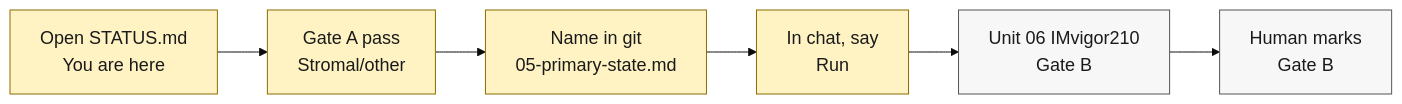
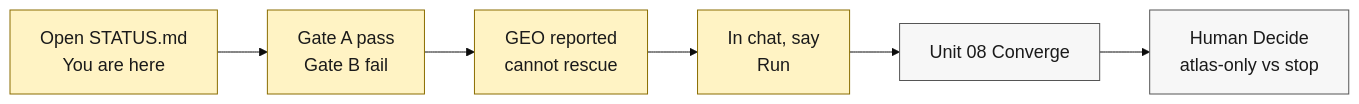
The diagram in docs/diagrams/what-to-run.mmd (cauld/scendo), drawn with Mermaid before and after one commit. The commit also changed 15 other files, not shown here.

First line of the commit message:
Record Gate B fail and Units 06–07 ICI results.

```diff
--- a/docs/diagrams/what-to-run.mmd
+++ b/docs/diagrams/what-to-run.mmd
@@ -1,12 +1,12 @@
 %%{init: {"theme": "base", "themeVariables": {"fontSize": "18px", "fontFamily": "Helvetica, Arial, sans-serif"}} }%%
 flowchart LR
-  A["Open STATUS.md<br/>You are here"] --> B["Gate A pass<br/>Stromal/other"]
-  B --> C["Name in git<br/>05-primary-state.md"]
+  A["Open STATUS.md<br/>You are here"] --> B["Gate A pass<br/>Gate B fail"]
+  B --> C["GEO reported<br/>cannot rescue"]
   C --> D["In chat, say<br/>Run"]
-  D --> E["Unit 06 IMvigor210<br/>Gate B"]
-  E --> F["Human marks<br/>Gate B"]
+  D --> E["Unit 08 Converge"]
+  E --> F["Human Decide<br/>atlas-only vs stop"]
 
   classDef now fill:#FFF3C4,stroke:#8A6D00,color:#1A1A1A
   classDef step fill:#F7F7F7,stroke:#555555,color:#1A1A1A
   class A,B,C,D now
   class E,F step
```
